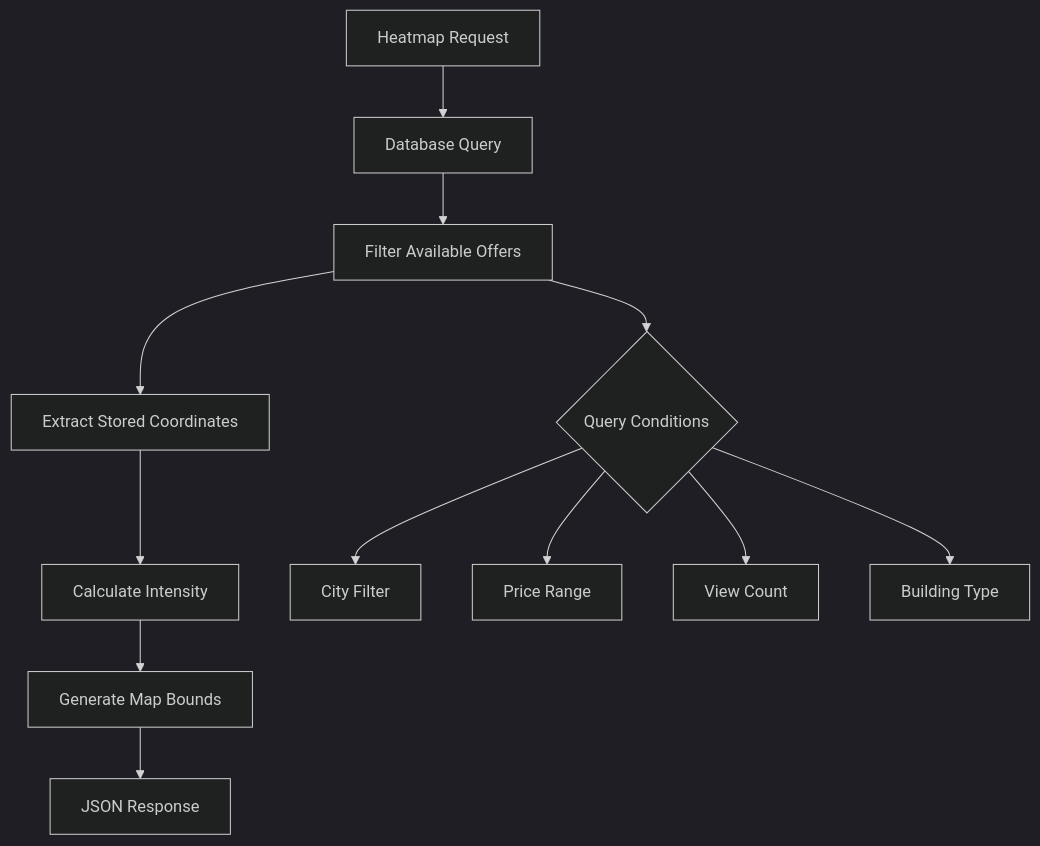
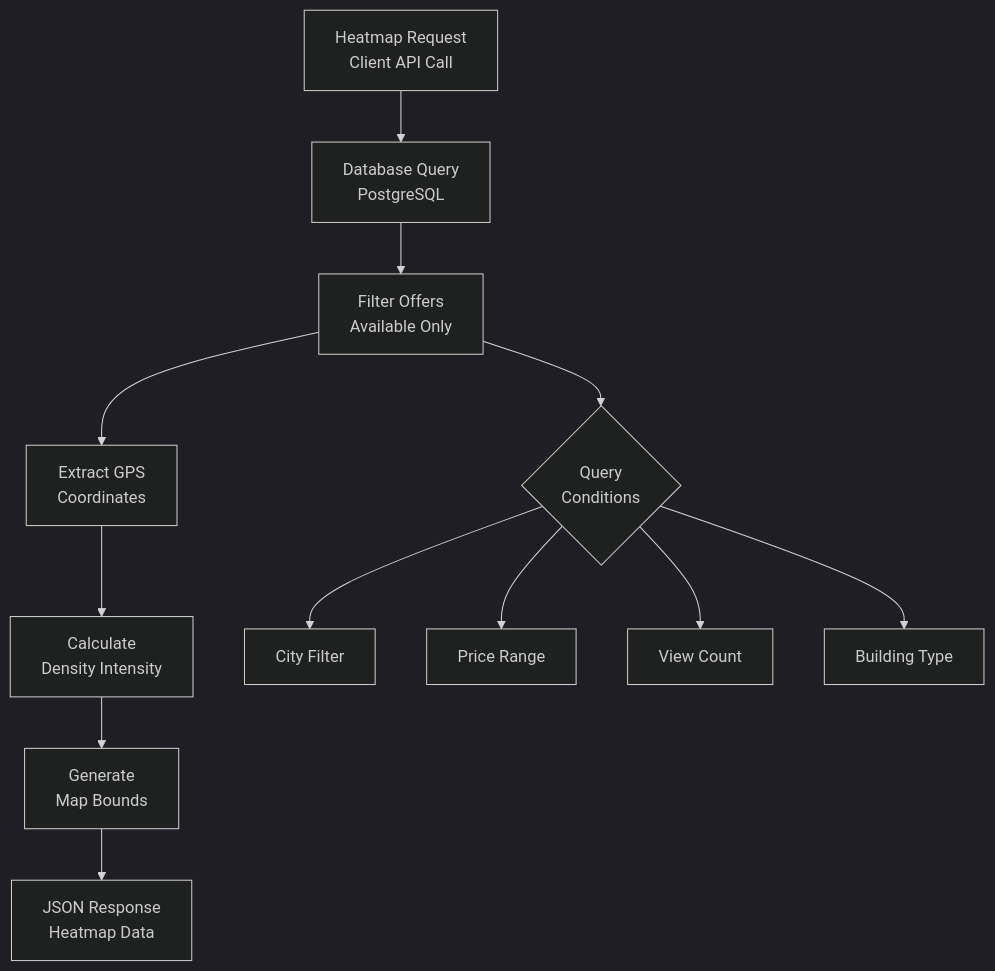
The seventh of 8 diagrams in README.md (Mieszkaniownik/mieszkaniownik), drawn with Mermaid (dark theme) before and after one commit. The commit also changed other lines of this file and 2 other files, not shown here.

````diff
--- a/README.md
+++ b/README.md
@@ -396,15 +457,26 @@
 ```mermaid
 flowchart TD
-    REQUEST[Heatmap Request] --> QUERY[Database Query]
-    QUERY --> FILTER[Filter Available Offers]
-    FILTER --> COORDS[Extract Stored Coordinates]
-    COORDS --> INTENSITY[Calculate Intensity]
-    INTENSITY --> BOUNDS[Generate Map Bounds]
-    BOUNDS --> RESPONSE[JSON Response]
+    REQUEST[Heatmap Request<br/>Client API Call]
+    QUERY[Database Query<br/>PostgreSQL]
+    FILTER[Filter Offers<br/>Available Only]
+    COORDS[Extract GPS<br/>Coordinates]
+    INTENSITY[Calculate<br/>Density Intensity]
+    BOUNDS[Generate<br/>Map Bounds]
+    RESPONSE[JSON Response<br/>Heatmap Data]
 
-    FILTER --> CONDITIONS{Query Conditions}
-    CONDITIONS --> CITY[City Filter]
-    CONDITIONS --> PRICE[Price Range]
-    CONDITIONS --> VIEWS[View Count]
-    CONDITIONS --> TYPE[Building Type]
+    CONDITIONS{Query<br/>Conditions}
+    CITY[City Filter]
+    PRICE[Price Range]
+    VIEWS[View Count]
+    TYPE[Building Type]
+
+    REQUEST --> QUERY
+    QUERY --> FILTER
+    FILTER --> COORDS
+    COORDS --> INTENSITY
+    INTENSITY --> BOUNDS
+    BOUNDS --> RESPONSE
+
+    FILTER --> CONDITIONS
+    CONDITIONS --> CITY & PRICE & VIEWS & TYPE
 ```
````
